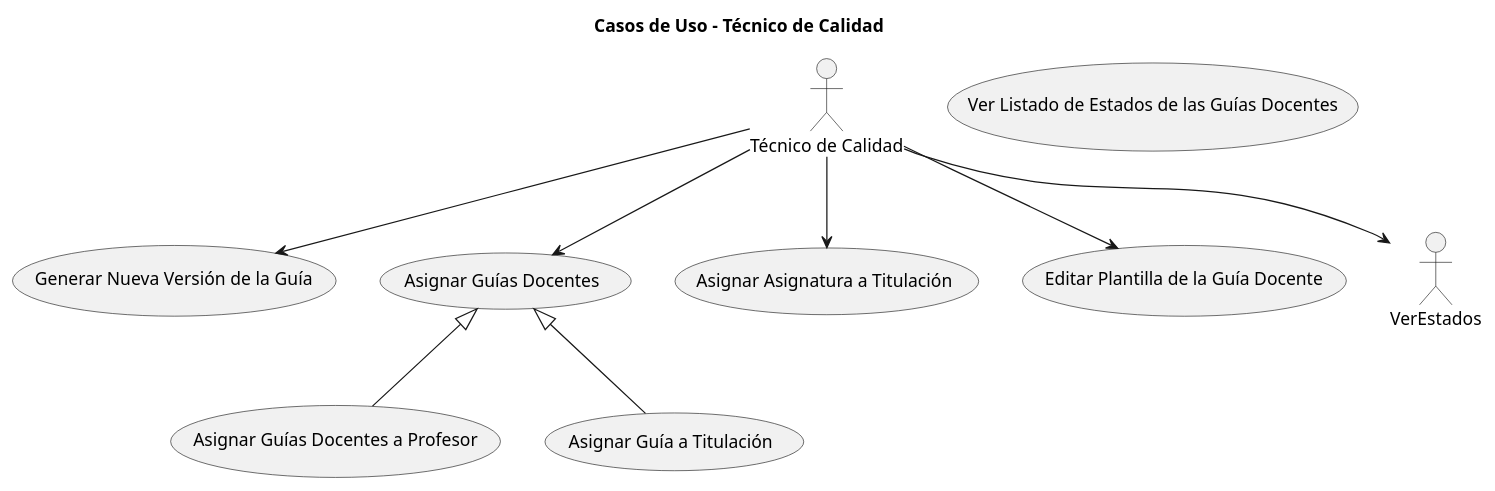
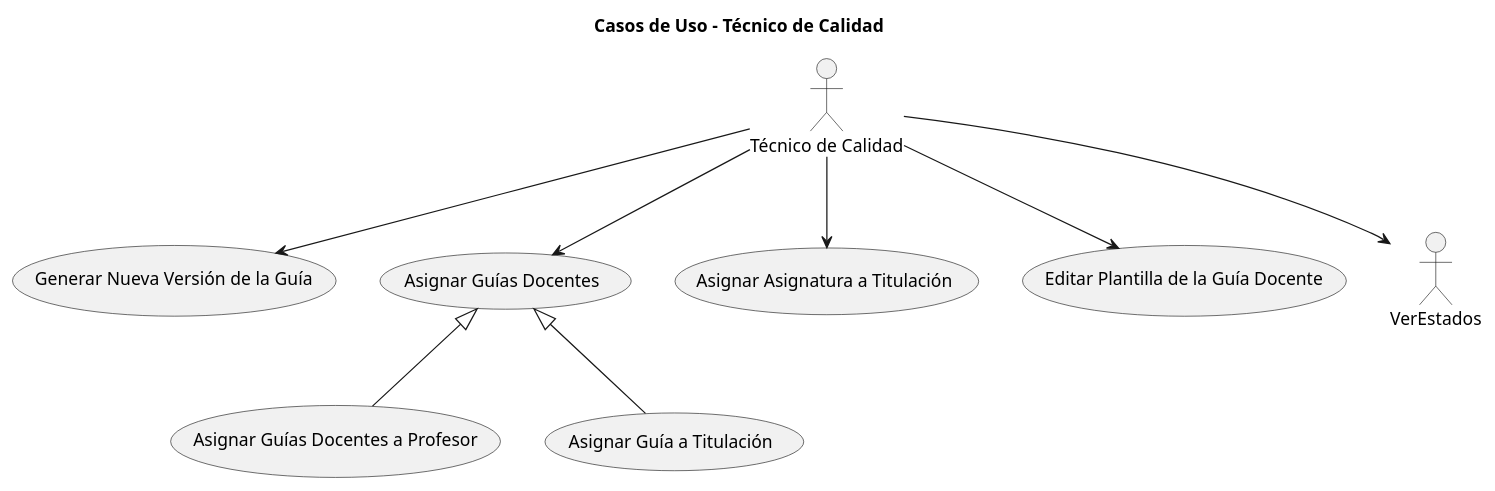
One commit to mmasias/24-25-IdSw1-SDR changed the diagram in CasosDeUso/diagramasEstructurarModelos/TecnicoCalidad.puml. Above: the diagram before and after it, drawn with PlantUML.

```diff
--- a/CasosDeUso/diagramasEstructurarModelos/TecnicoCalidad.puml
+++ b/CasosDeUso/diagramasEstructurarModelos/TecnicoCalidad.puml
@@ -1,24 +1,23 @@
 @startuml
 
 title Casos de Uso - Técnico de Calidad
 
 actor "Técnico de Calidad" as TecnicoCalidad
 
 usecase "Generar Nueva Versión de la Guía" as GenerarVersion
 usecase "Asignar Guías Docentes" as AsignarGuias
 usecase "Asignar Guías Docentes a Profesor" as AsignarGuiaProfesor
 usecase "Asignar Guía a Titulación" as AsignarGuiaTitulacion
 usecase "Asignar Asignatura a Titulación" as AsignarAsignaturaTitulacion
 usecase "Editar Plantilla de la Guía Docente" as EditarPlantilla
-usecase "Ver Listado de Estados de las Guías Docentes" as VerEstadosGuias
 
 TecnicoCalidad --> GenerarVersion
 TecnicoCalidad --> AsignarGuias
 TecnicoCalidad --> AsignarAsignaturaTitulacion
 TecnicoCalidad --> EditarPlantilla
 TecnicoCalidad --> VerEstados
 
 AsignarGuias <|-- AsignarGuiaProfesor
 AsignarGuias <|-- AsignarGuiaTitulacion
 
 @enduml
```
